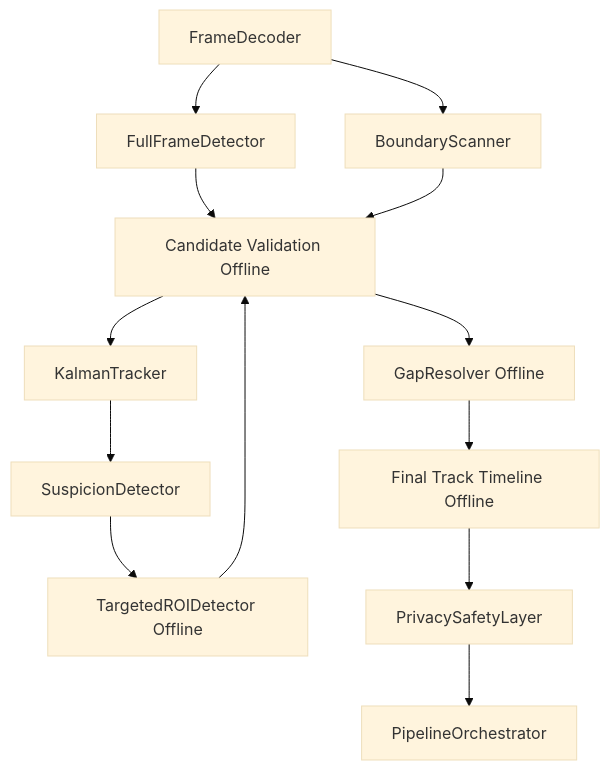
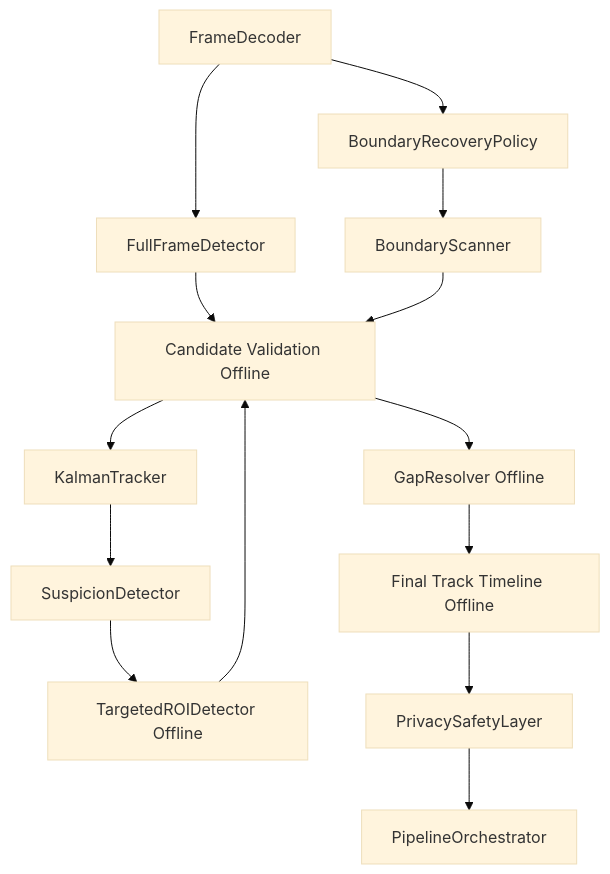
One commit to aditya-21a/pixelVeil changed the diagram in docs/architecture-spec.md. Above: the diagram before and after it, drawn with Mermaid (base theme). The commit also changed other lines of this file and 3 other files, not shown here.

````diff
--- a/docs/architecture-spec.md
+++ b/docs/architecture-spec.md
@@ -7,16 +7,17 @@
 ```mermaid
 graph TD
     FD[FrameDecoder] --> FFD[FullFrameDetector]
-    FD --> BS[BoundaryScanner]
+    FD --> BRP[BoundaryRecoveryPolicy]
+    BRP --> BS[BoundaryScanner]
     FFD --> CV[CandidateValidator]
     BS --> CV
     CV --> KT[KalmanTracker]
     KT --> SD[SuspicionDetector]
     
     SD --> TR[TargetedROIDetector Offline]
     TR --> CV[Candidate Validation Offline]
     CV --> GR[GapResolver Offline]
     GR --> TL[Final Track Timeline Offline]
     TL --> PSL[PrivacySafetyLayer]
     PSL --> PO[PipelineOrchestrator]
 ```
````
